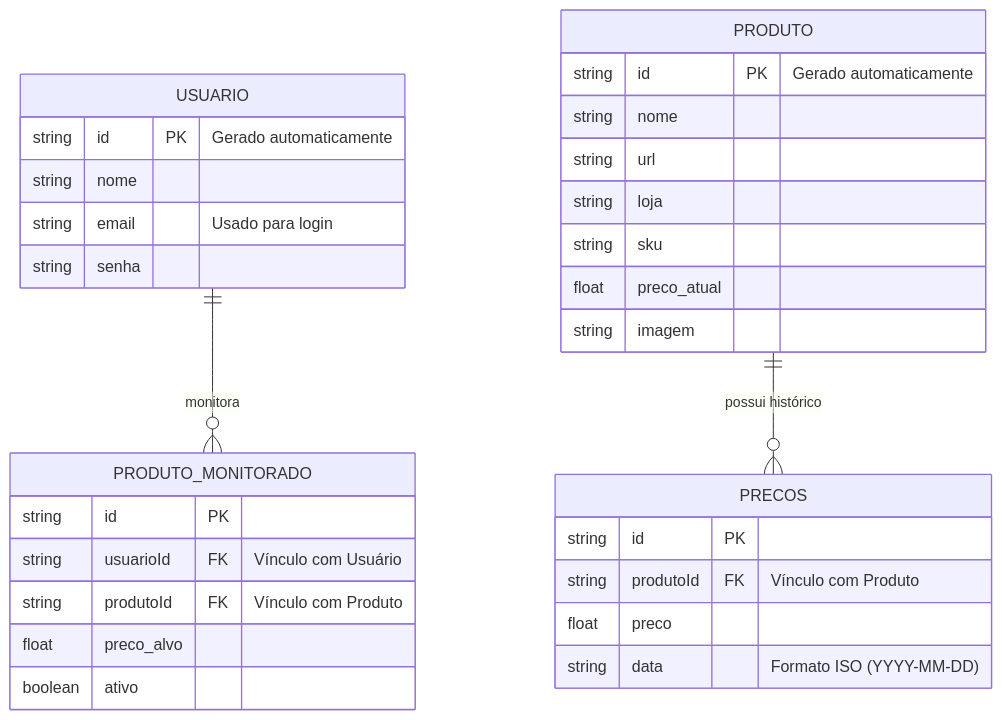
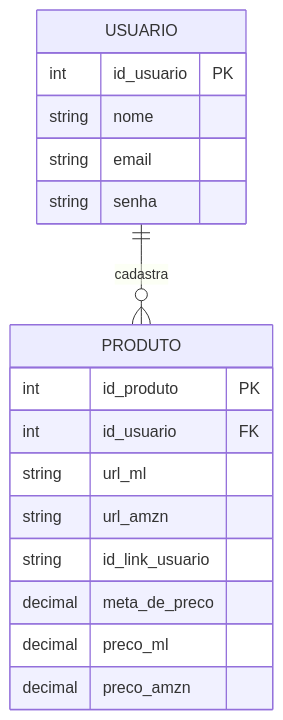
The diagram in docs/spec.md (Xaugusto/price-watcher), drawn with Mermaid before and after one commit. The commit also changed 2 other files, not shown here.

Commit message:
Mudanca no mermaid

````diff
--- a/docs/spec.md
+++ b/docs/spec.md
@@ -9,33 +9,22 @@
 ```mermaid
 erDiagram
-USUARIO ||--o{ PRODUTO_MONITORADO : "monitora"
-PRODUTO ||--o{ PRECOS : "possui histórico"
-USUARIO {
-  string id PK "Gerado automaticamente"
-  string nome
-  string email "Usado para login"
-  string senha
-}
-PRODUTO {
-  string id PK "Gerado automaticamente"
-  string nome
-  string url
-  string loja
-  string sku
-  float preco_atual
-  string imagem
-}
-PRODUTO_MONITORADO {
-  string id PK
-  string usuarioId FK "Vínculo com Usuário"
-  string produtoId FK "Vínculo com Produto"
-  float preco_alvo
-  boolean ativo
-}
-PRECOS {
-  string id PK
-  string produtoId FK "Vínculo com Produto"
-  float preco
-  string data "Formato ISO (YYYY-MM-DD)"
-}
+    USUARIO ||--o{ PRODUTO : "cadastra"
+    
+    USUARIO {
+        int id_usuario PK
+        string nome
+        string email
+        string senha
+    }
+
+    PRODUTO {
+        int id_produto PK
+        int id_usuario FK
+        string url_ml
+        string url_amzn
+        string id_link_usuario
+        decimal meta_de_preco
+        decimal preco_ml
+        decimal preco_amzn
+    }
 ```
````
